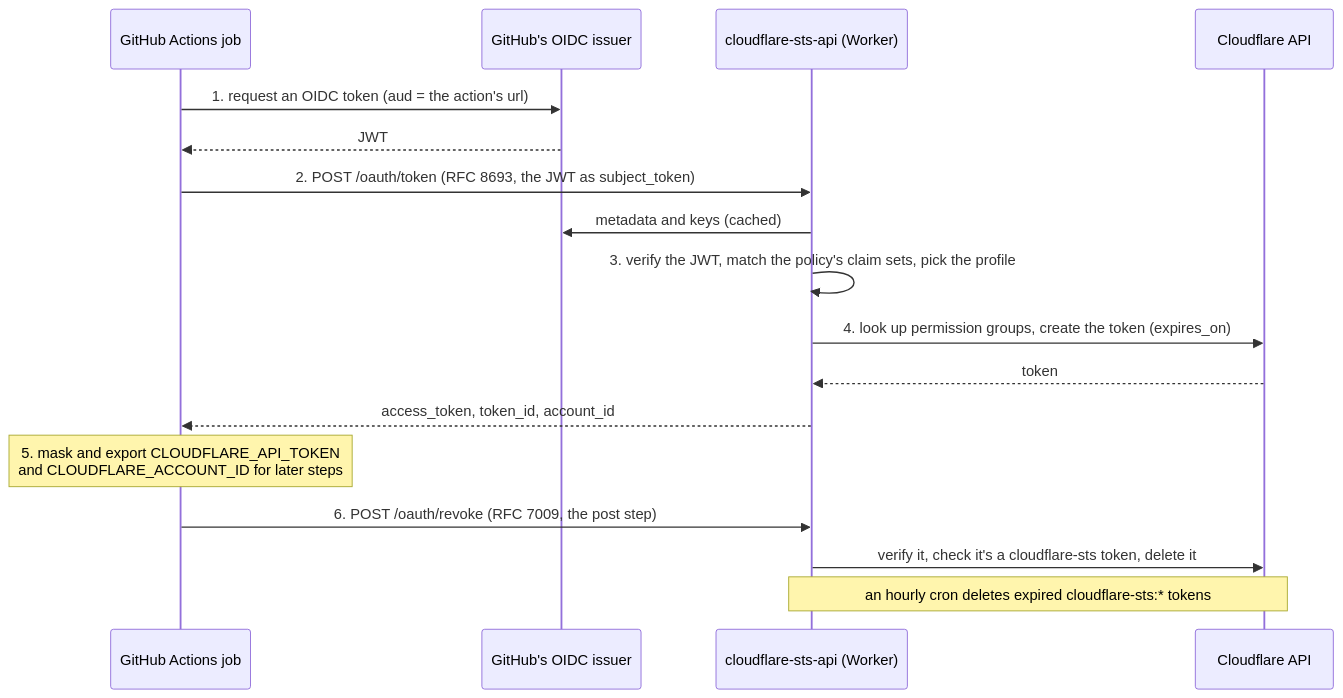
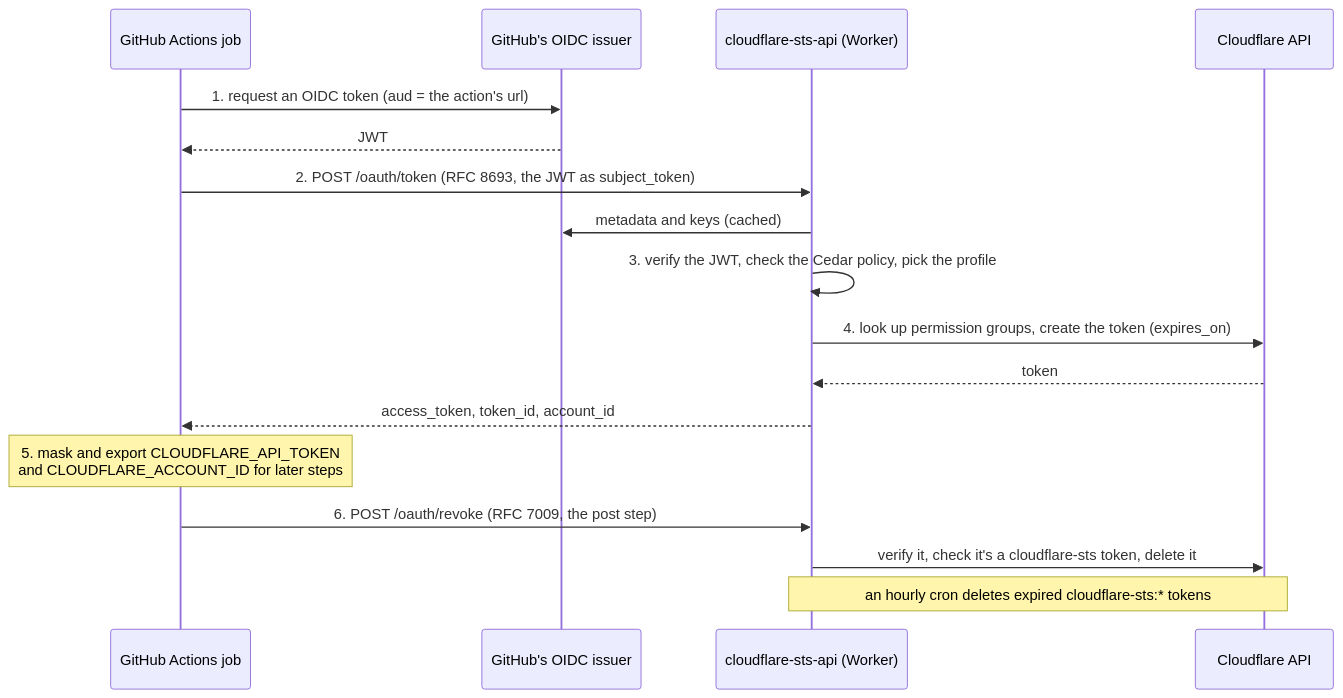
The diagram in README.md (cf-contrib/cloudflare-sts), drawn with Mermaid before and after one commit. The commit also changed other lines of this file and 23 other files, not shown here.

First line of the commit message:
feat!: TOML configuration and a Cedar policy, in place of claim sets (#126)

````diff
--- a/README.md
+++ b/README.md
@@ -48,20 +48,20 @@
 ```mermaid
 sequenceDiagram
     participant Job as GitHub Actions job
     participant OIDC as GitHub's OIDC issuer
     participant Broker as cloudflare-sts-api (Worker)
     participant CF as Cloudflare API
 
     Job->>OIDC: 1. request an OIDC token (aud = the action's url)
     OIDC-->>Job: JWT
     Job->>Broker: 2. POST /oauth/token (RFC 8693, the JWT as subject_token)
     Broker->>OIDC: metadata and keys (cached)
-    Broker->>Broker: 3. verify the JWT, match the policy's claim sets, pick the profile
+    Broker->>Broker: 3. verify the JWT, check the Cedar policy, pick the profile
     Broker->>CF: 4. look up permission groups, create the token (expires_on)
     CF-->>Broker: token
     Broker-->>Job: access_token, token_id, account_id
     Note over Job: 5. mask and export CLOUDFLARE_API_TOKEN<br/>and CLOUDFLARE_ACCOUNT_ID for later steps
     Job->>Broker: 6. POST /oauth/revoke (RFC 7009, the post step)
     Broker->>CF: verify it, check it's a cloudflare-sts token, delete it
     Note over Broker,CF: an hourly cron deletes expired cloudflare-sts:* tokens
 ```
````
